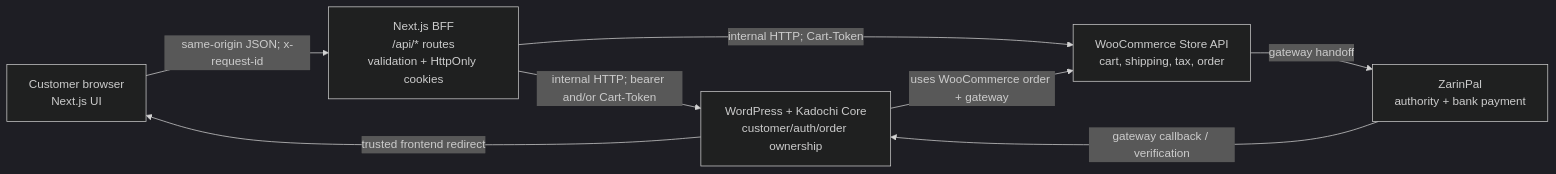
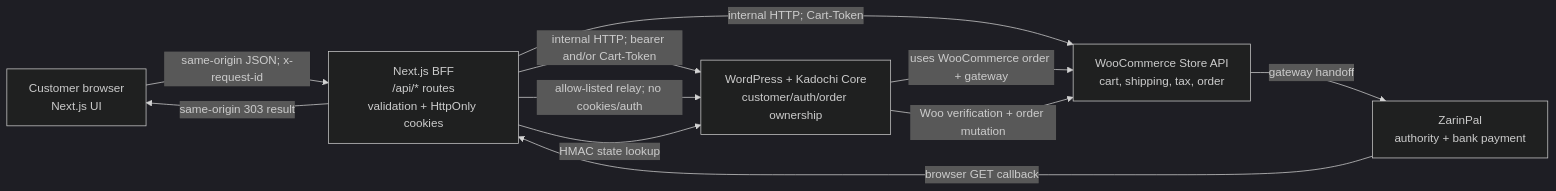
Before and after one commit to kadochi/kadochiapp: the first of 4 diagrams in ORDER_FLOW_CART_TO_DONE.md, drawn with Mermaid (dark theme). The commit also changed other lines of this file and 39 other files, not shown here.

````diff
--- a/ORDER_FLOW_CART_TO_DONE.md
+++ b/ORDER_FLOW_CART_TO_DONE.md
@@ -7,16 +7,19 @@
 ```mermaid
 flowchart LR
   U["Customer browser\nNext.js UI"]
   B["Next.js BFF\n/api/* routes\nvalidation + HttpOnly cookies"]
   W["WordPress + Kadochi Core\ncustomer/auth/order ownership"]
   C["WooCommerce Store API\ncart, shipping, tax, order"]
   Z["ZarinPal\nauthority + bank payment"]
 
   U -->|"same-origin JSON; x-request-id"| B
   B -->|"internal HTTP; bearer and/or Cart-Token"| W
   B -->|"internal HTTP; Cart-Token"| C
   W -->|"uses WooCommerce order + gateway"| C
   C -->|"gateway handoff"| Z
-  Z -->|"gateway callback / verification"| W
-  W -->|"trusted frontend redirect"| U
+  Z -->|"browser GET callback"| B
+  B -->|"allow-listed relay; no cookies/auth"| W
+  B -->|"HMAC state lookup"| W
+  W -->|"Woo verification + order mutation"| C
+  B -->|"same-origin 303 result"| U
 ```
````
